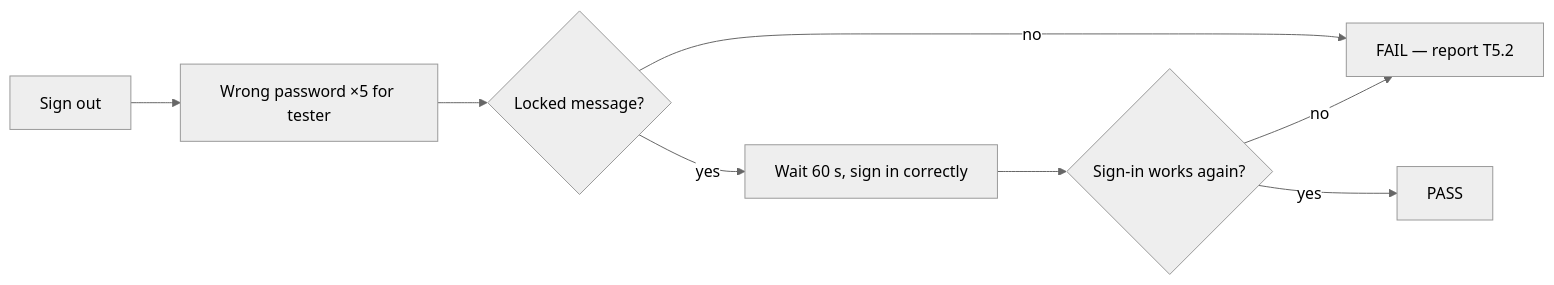
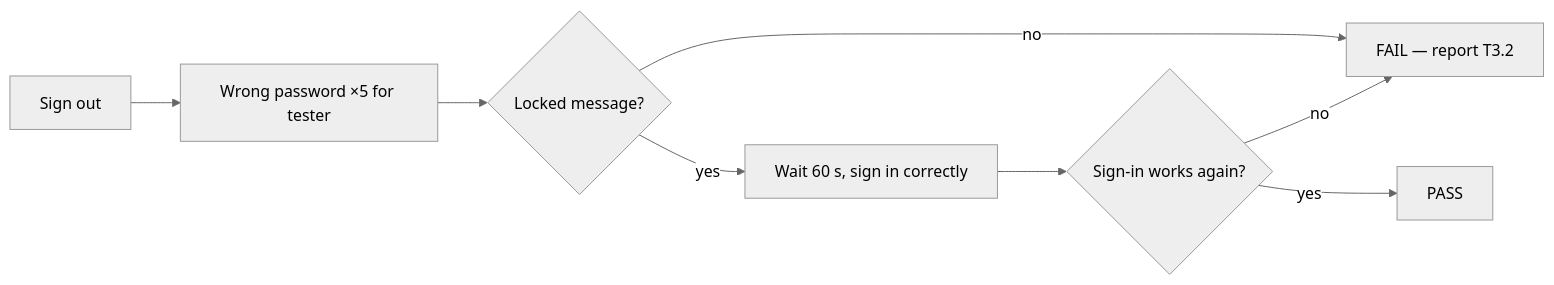
One commit to DeepxD-code/LeadDesk changed diagram 21 of 25 in docs/TESTER_GUIDE.md. Above: the diagram before and after it, drawn with Mermaid (neutral theme). The commit also changed other lines of this file and 8 other files, not shown here.

````diff
--- a/docs/TESTER_GUIDE.md
+++ b/docs/TESTER_GUIDE.md
@@ -816,10 +816,10 @@
 ```mermaid
 flowchart LR
   A["Sign out"] --> B["Wrong password ×5 for tester"]
   B --> C{"Locked message?"}
-  C -->|no| X["FAIL — report T5.2"]
+  C -->|no| X["FAIL — report T3.2"]
   C -->|yes| D["Wait 60 s, sign in correctly"]
   D --> E{"Sign-in works again?"}
   E -->|yes| P[PASS]
   E -->|no| X
 ```
````
